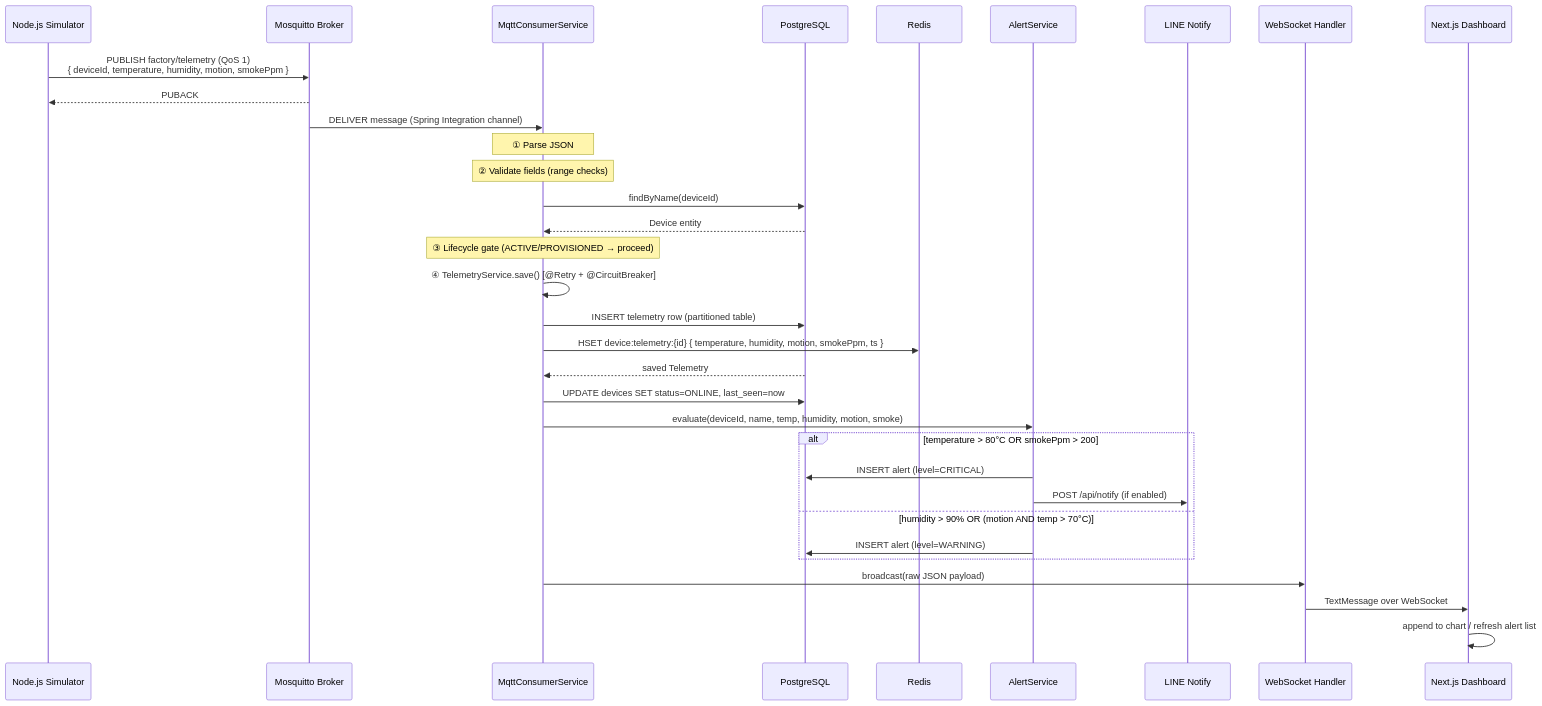
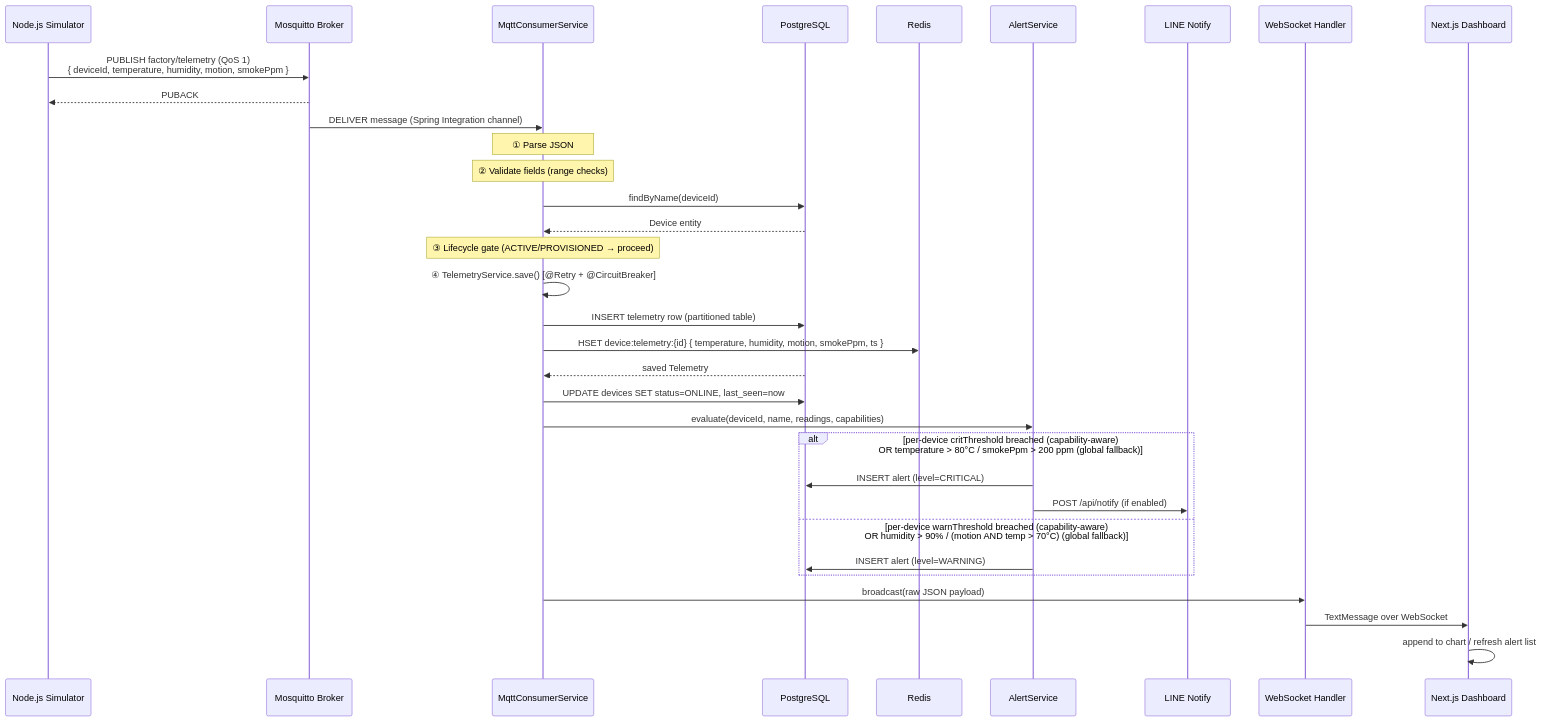
Before and after one commit to thitipongroo/sentinel-iot-platform: the first of 9 diagrams in docs/sequence-diagrams.md, drawn with Mermaid. The commit also changed other lines of this file and 5 other files, not shown here.

````diff
--- a/docs/sequence-diagrams.md
+++ b/docs/sequence-diagrams.md
@@ -11,41 +11,41 @@
 ```mermaid
 sequenceDiagram
     participant SIM as Node.js Simulator
     participant MQ as Mosquitto Broker
     participant MQTT as MqttConsumerService
     participant DB as PostgreSQL
     participant REDIS as Redis
     participant ALERT as AlertService
     participant LINE as LINE Notify
     participant WS as WebSocket Handler
     participant UI as Next.js Dashboard
 
     SIM->>MQ: PUBLISH factory/telemetry (QoS 1)<br/>{ deviceId, temperature, humidity, motion, smokePpm }
     MQ-->>SIM: PUBACK
     MQ->>MQTT: DELIVER message (Spring Integration channel)
 
     Note over MQTT: ① Parse JSON
     Note over MQTT: ② Validate fields (range checks)
     MQTT->>DB: findByName(deviceId)
     DB-->>MQTT: Device entity
     Note over MQTT: ③ Lifecycle gate (ACTIVE/PROVISIONED → proceed)
 
     MQTT->>MQTT: ④ TelemetryService.save() [@Retry + @CircuitBreaker]
     MQTT->>DB: INSERT telemetry row (partitioned table)
     MQTT->>REDIS: HSET device:telemetry:{id} { temperature, humidity, motion, smokePpm, ts }
     DB-->>MQTT: saved Telemetry
     MQTT->>DB: UPDATE devices SET status=ONLINE, last_seen=now
 
-    MQTT->>ALERT: evaluate(deviceId, name, temp, humidity, motion, smoke)
+    MQTT->>ALERT: evaluate(deviceId, name, readings, capabilities)
 
-    alt temperature > 80°C OR smokePpm > 200
+    alt per-device critThreshold breached (capability-aware)<br/>OR temperature > 80°C / smokePpm > 200 ppm (global fallback)
         ALERT->>DB: INSERT alert (level=CRITICAL)
         ALERT->>LINE: POST /api/notify (if enabled)
-    else humidity > 90% OR (motion AND temp > 70°C)
+    else per-device warnThreshold breached (capability-aware)<br/>OR humidity > 90% / (motion AND temp > 70°C) (global fallback)
         ALERT->>DB: INSERT alert (level=WARNING)
     end
 
     MQTT->>WS: broadcast(raw JSON payload)
     WS->>UI: TextMessage over WebSocket
     UI->>UI: append to chart / refresh alert list
 ```
````
